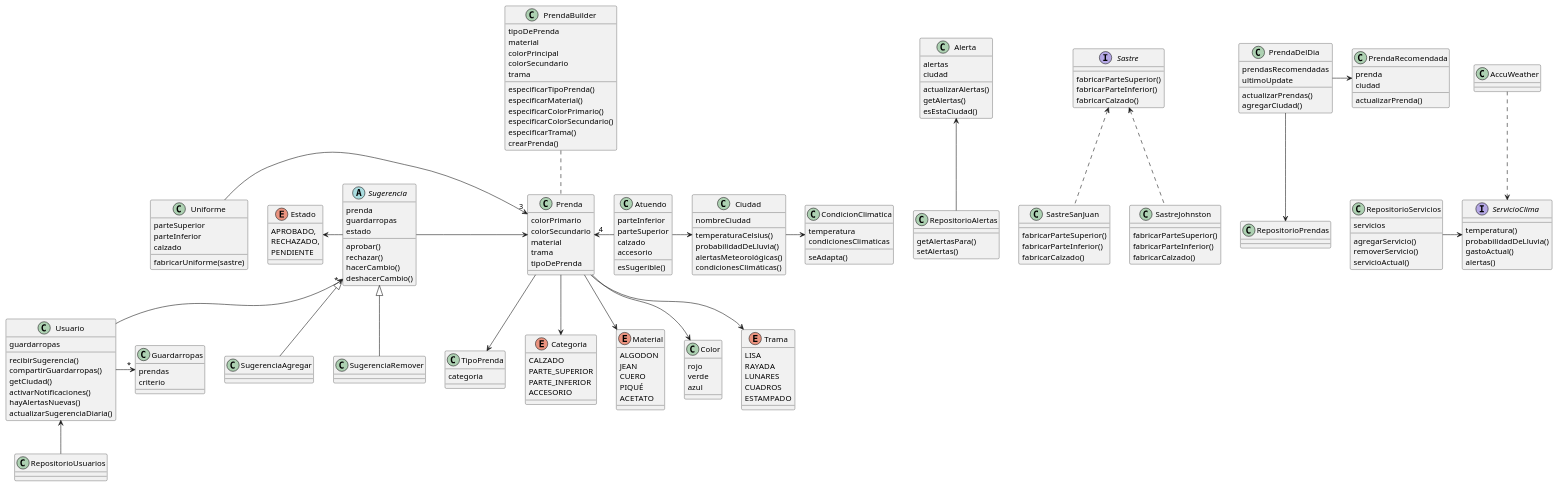
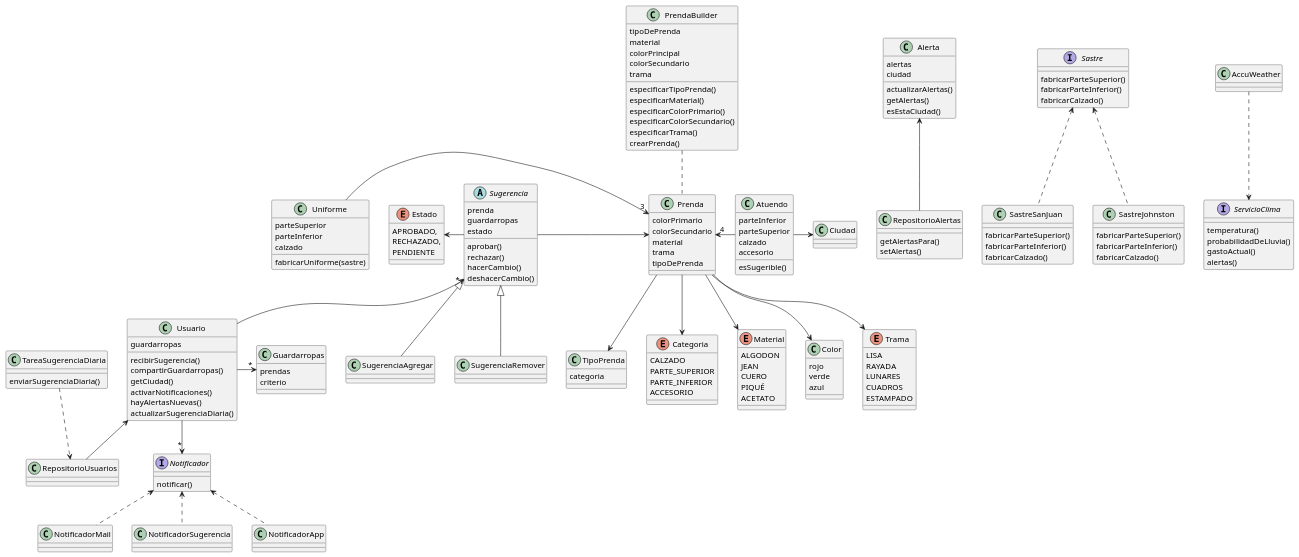
One commit to SwaXTech/QMP-1ra-Iteracion changed the diagram in SextaIteracion/diagramaDeclases.plantuml. Above: the diagram before and after it, drawn with PlantUML.

Commit message:
Actualizo diagrama con corrección

```diff
--- a/SextaIteracion/diagramaDeclases.plantuml
+++ b/SextaIteracion/diagramaDeclases.plantuml
@@ -94,13 +94,6 @@
 SastreJohnston .u.> Sastre
 
 
-class RepositorioServicios{
-  servicios
-  agregarServicio()
-  removerServicio()
-  servicioActual()
-}
-
 interface ServicioClima{
   temperatura()
   probabilidadDeLluvia()
@@ -114,20 +107,6 @@
   
 }
 
-Ciudad -> CondicionClimatica
-class Ciudad{
-  nombreCiudad
-  temperaturaCelsius()
-  probabilidadDeLluvia()
-  alertasMeteorológicas()
-  condicionesClimáticas()
-}
-
-class CondicionClimatica{
-  temperatura
-  condicionesClimaticas
-  seAdapta()
-}
 
 class Alerta{
   alertas
@@ -196,23 +175,29 @@
   PENDIENTE
 }
 
-PrendaDelDia -> PrendaRecomendada
-class PrendaDelDia{
-  prendasRecomendadas
-  ultimoUpdate
-  actualizarPrendas()
-  agregarCiudad()
-}
-class PrendaRecomendada{
-  prenda
-  ciudad
-  actualizarPrenda()
-}
-
-PrendaDelDia -d-> RepositorioPrendas
-class RepositorioPrendas{}
-RepositorioServicios -> ServicioClima
 RepositorioAlertas -u-> Alerta
 RepositorioUsuarios -u-> Usuario
 
+interface Notificador{
+  notificar()
+}
+
+NotificadorMail .u.> Notificador
+class NotificadorMail {}
+
+
+NotificadorSugerencia .u.> Notificador
+class NotificadorSugerencia {}
+
+
+NotificadorApp .u.> Notificador
+class NotificadorApp {}
+
+TareaSugerenciaDiaria ..> RepositorioUsuarios
+class TareaSugerenciaDiaria{
+  enviarSugerenciaDiaria()
+}
+
+Usuario --> "*" Notificador
+
 @enduml
```
